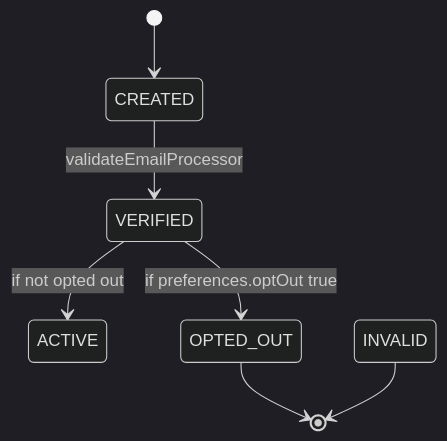
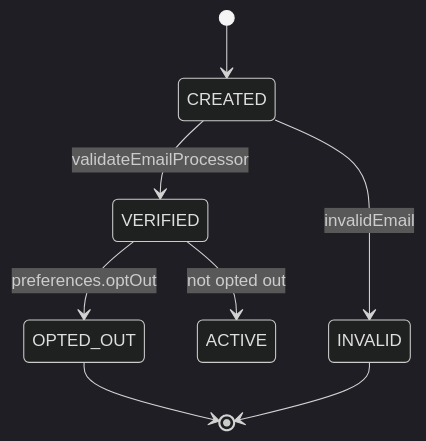
Before and after one commit to Cyoda-platform/java-client-template: the fourth of 4 diagrams in src/main/java/com/java_template/prototype/functional_requirement.md, drawn with Mermaid (dark theme). The commit also changed other lines of this file, not shown here.

````diff
--- a/src/main/java/com/java_template/prototype/functional_requirement.md
+++ b/src/main/java/com/java_template/prototype/functional_requirement.md
@@ -89,9 +174,10 @@
 ```mermaid
 stateDiagram-v2
     [*] --> CREATED
     CREATED --> VERIFIED : validateEmailProcessor
-    VERIFIED --> ACTIVE : if not opted out
-    VERIFIED --> OPTED_OUT : if preferences.optOut true
+    CREATED --> INVALID : invalidEmail
+    VERIFIED --> ACTIVE : not opted out
+    VERIFIED --> OPTED_OUT : preferences.optOut
     OPTED_OUT --> [*]
     INVALID --> [*]
 ```
````
